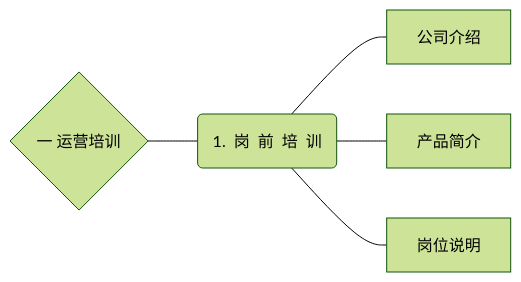
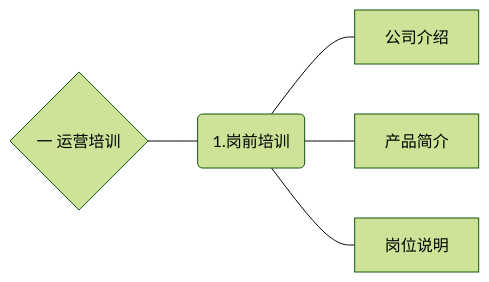
Before and after one commit to Xiyue-team/doc_op: the first of 2 diagrams in index.md, drawn with Mermaid (forest theme). The commit also changed other lines of this file, not shown here.

````diff
--- a/index.md
+++ b/index.md
@@ -6,7 +6,7 @@
 ```mermaid
 graph LR
-    A{一 运营培训} --- a( 1.&ensp;岗&ensp;前&ensp;培&ensp;训 )    
-    a --- 1[公司介绍] 
-    a --- 2[产品简介] ;
-    a --- 3[岗位说明] ;
+    A{一 运营培训} --- a( 1.岗前培训 )    
+    a---1[公司介绍] ;
+    a---2[产品简介] ;
+    a---3[岗位说明] ;
 ```
````
